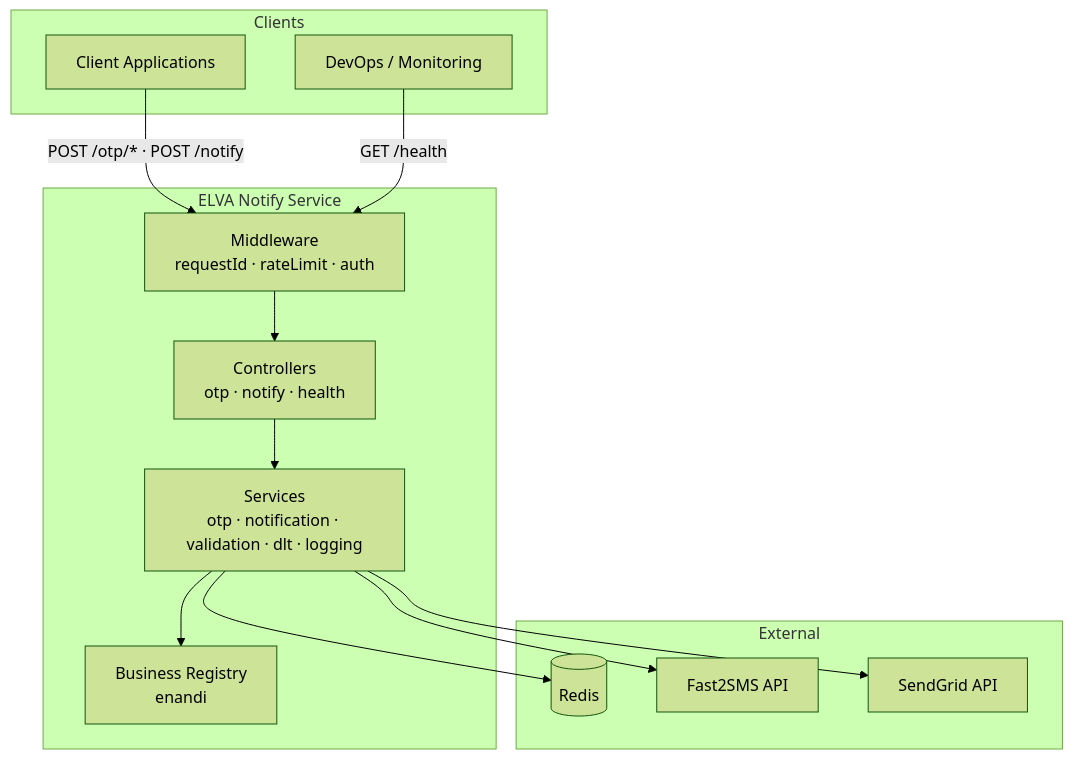
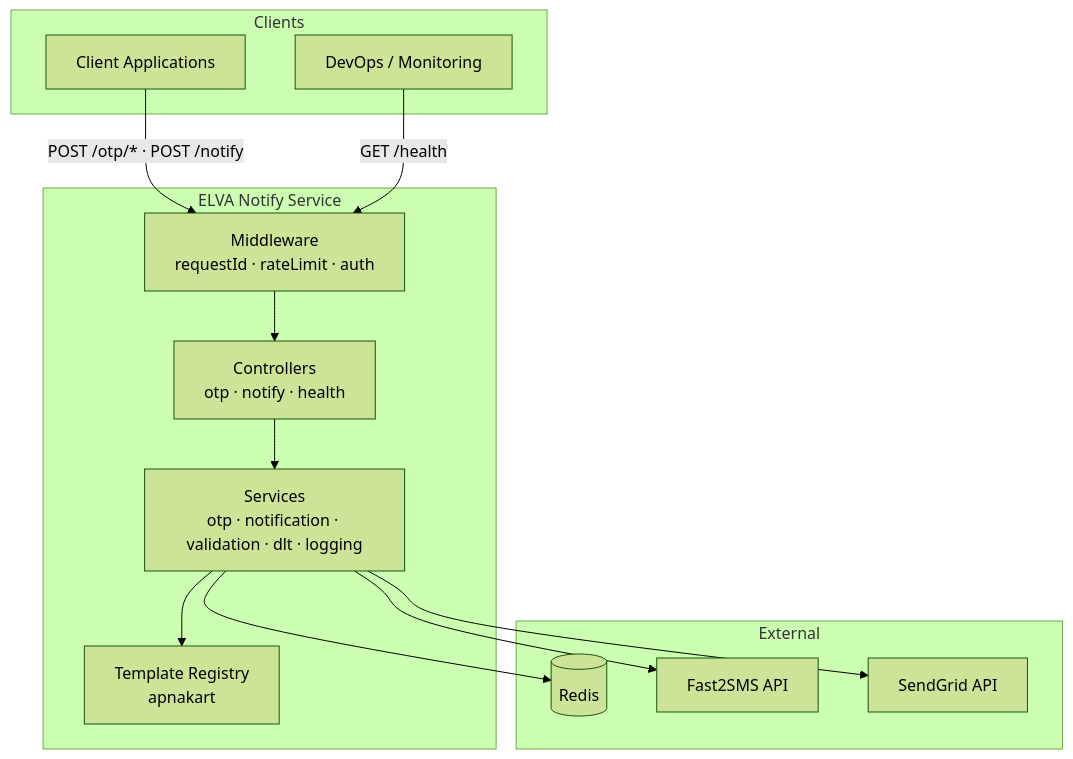
Before and after one commit to elva-tech/notify-service: the first of 2 diagrams in docs/README.md, drawn with Mermaid (forest theme). The commit also changed other lines of this file and 93 other files, not shown here.

Commit message:
modified onboarding flow

````diff
--- a/docs/README.md
+++ b/docs/README.md
@@ -39,28 +39,28 @@
 ```mermaid
 flowchart TB
     subgraph Clients
         APP[Client Applications]
         OPS[DevOps / Monitoring]
     end
 
     subgraph ELVA["ELVA Notify Service"]
         MW[Middleware<br/>requestId · rateLimit · auth]
         CTRL[Controllers<br/>otp · notify · health]
         SVC[Services<br/>otp · notification · validation · dlt · logging]
-        BUS[Business Registry<br/>enandi]
+        BUS[Template Registry<br/>apnakart]
         MW --> CTRL --> SVC
         SVC --> BUS
     end
 
     subgraph External
         REDIS[(Redis)]
         F2S[Fast2SMS API]
         SG[SendGrid API]
     end
 
     APP -->|POST /otp/* · POST /notify| MW
     OPS -->|GET /health| MW
     SVC --> REDIS
     SVC --> F2S
     SVC --> SG
 ```
````
